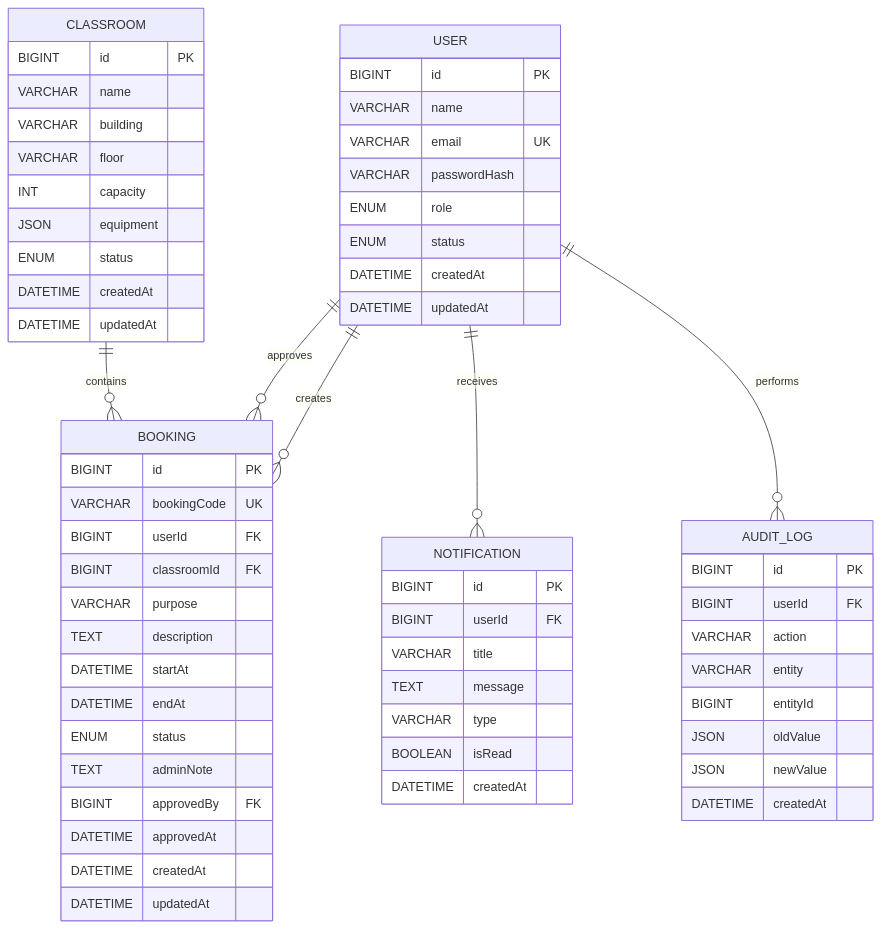
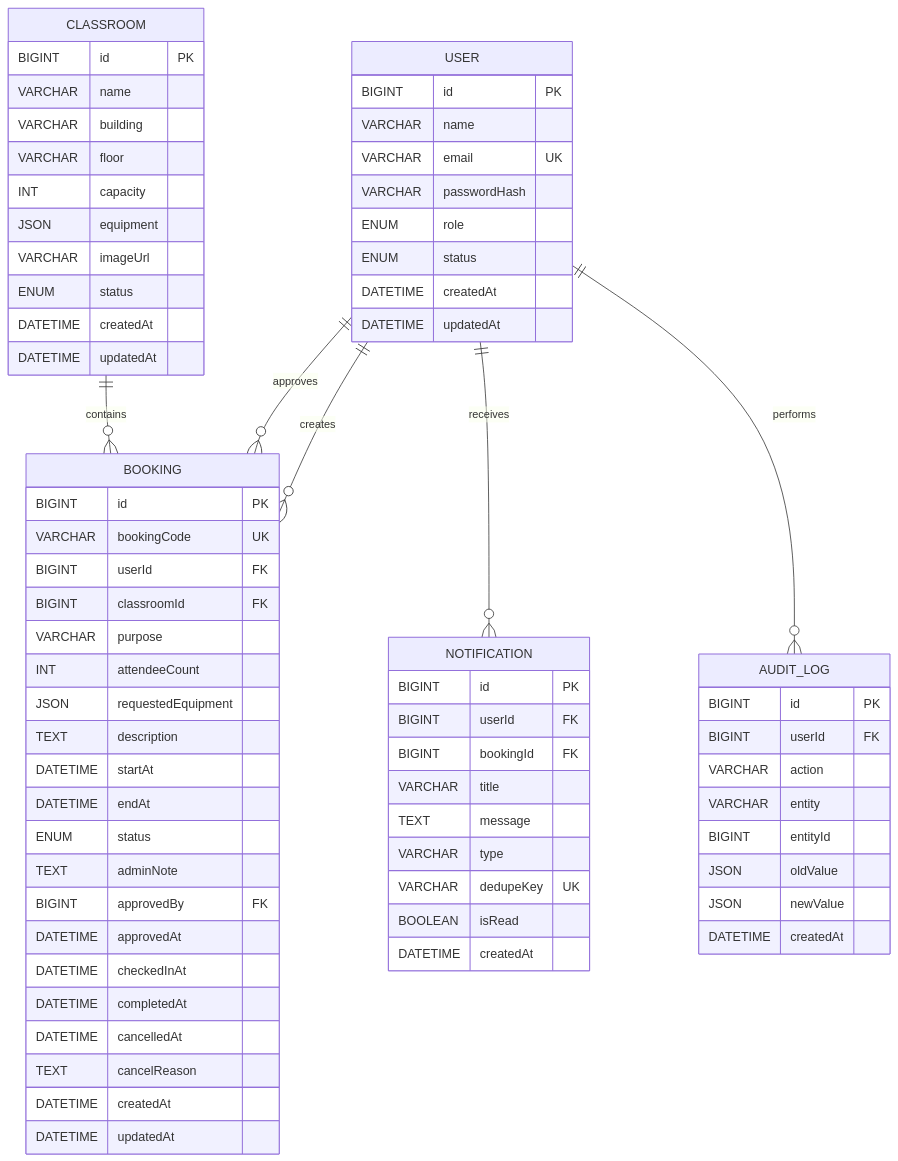
One commit to Mikku44/classroom-booking-backend changed the diagram in docs/db-erd.md. Above: the diagram before and after it, drawn with Mermaid. The commit also changed other lines of this file and 31 other files, not shown here.

````diff
--- a/docs/db-erd.md
+++ b/docs/db-erd.md
@@ -3,65 +3,74 @@
 ```mermaid
 erDiagram
     USER ||--o{ BOOKING : creates
     USER ||--o{ BOOKING : approves
     USER ||--o{ NOTIFICATION : receives
     USER ||--o{ AUDIT_LOG : performs
     CLASSROOM ||--o{ BOOKING : contains
 
     USER {
         BIGINT id PK
         VARCHAR name
         VARCHAR email UK
         VARCHAR passwordHash
         ENUM role
         ENUM status
         DATETIME createdAt
         DATETIME updatedAt
     }
     CLASSROOM {
         BIGINT id PK
         VARCHAR name
         VARCHAR building
         VARCHAR floor
         INT capacity
         JSON equipment
+        VARCHAR imageUrl
         ENUM status
         DATETIME createdAt
         DATETIME updatedAt
     }
     BOOKING {
         BIGINT id PK
         VARCHAR bookingCode UK
         BIGINT userId FK
         BIGINT classroomId FK
         VARCHAR purpose
+        INT attendeeCount
+        JSON requestedEquipment
         TEXT description
         DATETIME startAt
         DATETIME endAt
         ENUM status
         TEXT adminNote
         BIGINT approvedBy FK
         DATETIME approvedAt
+        DATETIME checkedInAt
+        DATETIME completedAt
+        DATETIME cancelledAt
+        TEXT cancelReason
         DATETIME createdAt
         DATETIME updatedAt
     }
     AUDIT_LOG {
         BIGINT id PK
         BIGINT userId FK
         VARCHAR action
         VARCHAR entity
         BIGINT entityId
         JSON oldValue
         JSON newValue
         DATETIME createdAt
     }
     NOTIFICATION {
         BIGINT id PK
         BIGINT userId FK
+        BIGINT bookingId FK
         VARCHAR title
         TEXT message
         VARCHAR type
+        VARCHAR dedupeKey UK
         BOOLEAN isRead
         DATETIME createdAt
     }
 ```
````
